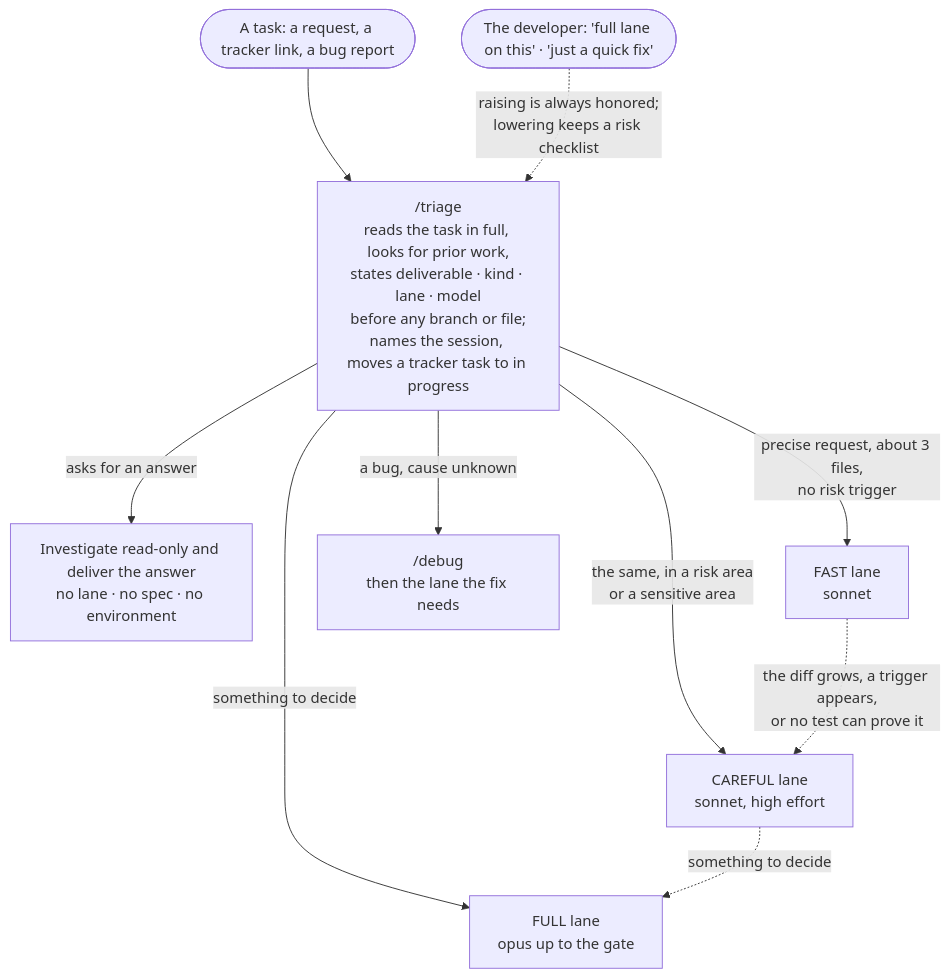
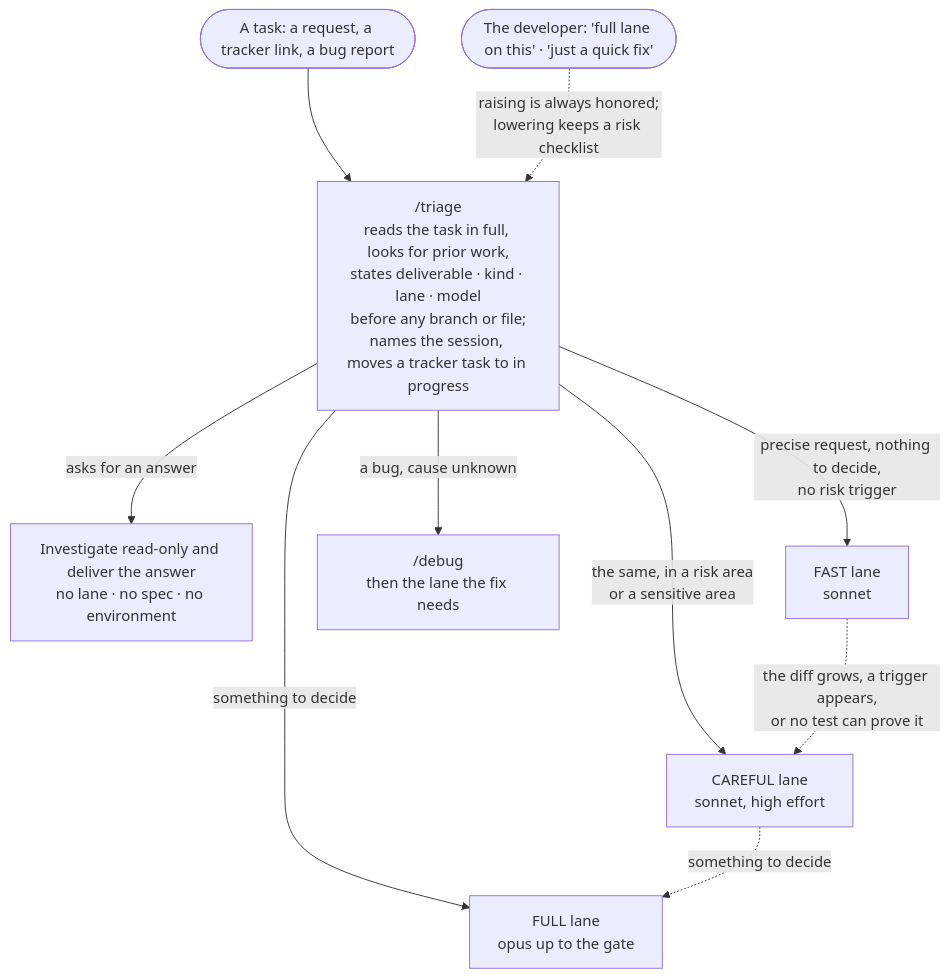
The first of 6 diagrams in README.md (Aplyca/AgenticDevelopmentFramework), drawn with Mermaid before and after one commit. The commit also changed 17 other files, not shown here.

````diff
--- a/README.md
+++ b/README.md
@@ -241,12 +241,12 @@
 ```mermaid
 flowchart TD
     task(["A task: a request, a tracker link, a bug report"]) --> triage["/triage<br/>reads the task in full, looks for prior work,<br/>states deliverable · kind · lane · model<br/>before any branch or file;<br/>names the session, moves a tracker task to in progress"]
     dev(["The developer: 'full lane on this' · 'just a quick fix'"]) -.->|raising is always honored;<br/>lowering keeps a risk checklist| triage
     triage -->|asks for an answer| answer["Investigate read-only and deliver the answer<br/>no lane · no spec · no environment"]
-    triage -->|precise request, about 3 files,<br/>no risk trigger| fast["FAST lane<br/>sonnet"]
+    triage -->|precise request, nothing to decide,<br/>no risk trigger| fast["FAST lane<br/>sonnet"]
     triage -->|the same, in a risk area<br/>or a sensitive area| careful["CAREFUL lane<br/>sonnet, high effort"]
     triage -->|something to decide| full["FULL lane<br/>opus up to the gate"]
     triage -->|a bug, cause unknown| debug["/debug<br/>then the lane the fix needs"]
     fast -.->|the diff grows, a trigger appears,<br/>or no test can prove it| careful
     careful -.->|something to decide| full
 ```
````
